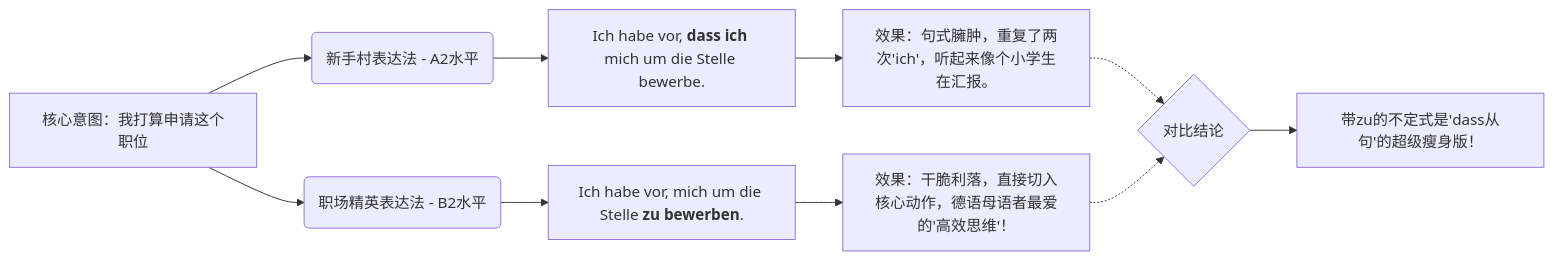
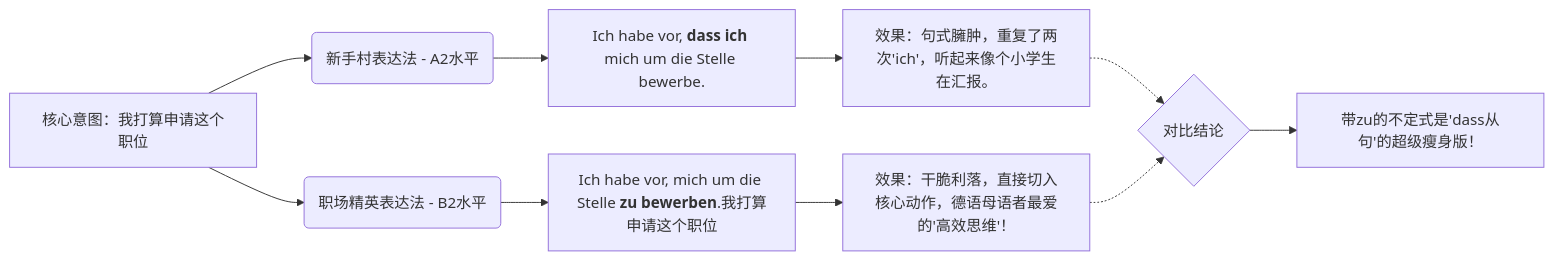
Before and after one commit to tanghaochen/Ideologie_und_Politik_obsidian: the second of 5 diagrams in 语言学习/德语/公共知识语法/10句型/zu的不定式.md, drawn with Mermaid. The commit also changed other lines of this file and 5 other files, not shown here.

````diff
--- a/语言学习/德语/公共知识语法/10句型/zu的不定式.md
+++ b/语言学习/德语/公共知识语法/10句型/zu的不定式.md
@@ -142,15 +111,15 @@
 ```mermaid
 graph LR
     A[核心意图：我打算申请这个职位] --> B(新手村表达法 - A2水平)
     A --> C(职场精英表达法 - B2水平)
     
     B --> D["Ich habe vor, <b>dass ich</b> mich um die Stelle bewerbe."]
     D --> E[效果：句式臃肿，重复了两次'ich'，听起来像个小学生在汇报。]
     
-    C --> F["Ich habe vor, mich um die Stelle <b>zu bewerben</b>."]
+    C --> F["Ich habe vor, mich um die Stelle <b>zu bewerben</b>.我打算申请这个职位"]
     F --> G[效果：干脆利落，直接切入核心动作，德语母语者最爱的'高效思维'！]
     
     E -.-> H{对比结论}
     G -.-> H
     H --> I[带zu的不定式是'dass从句'的超级瘦身版！]
 ```
````
